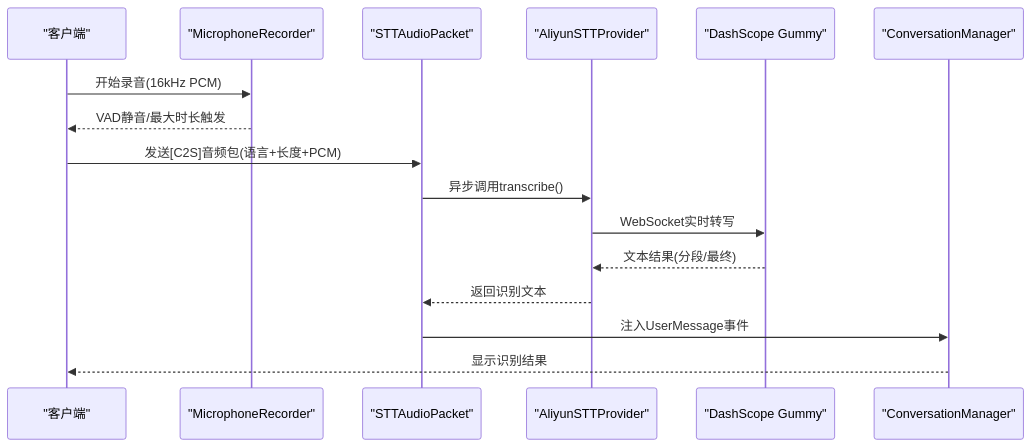
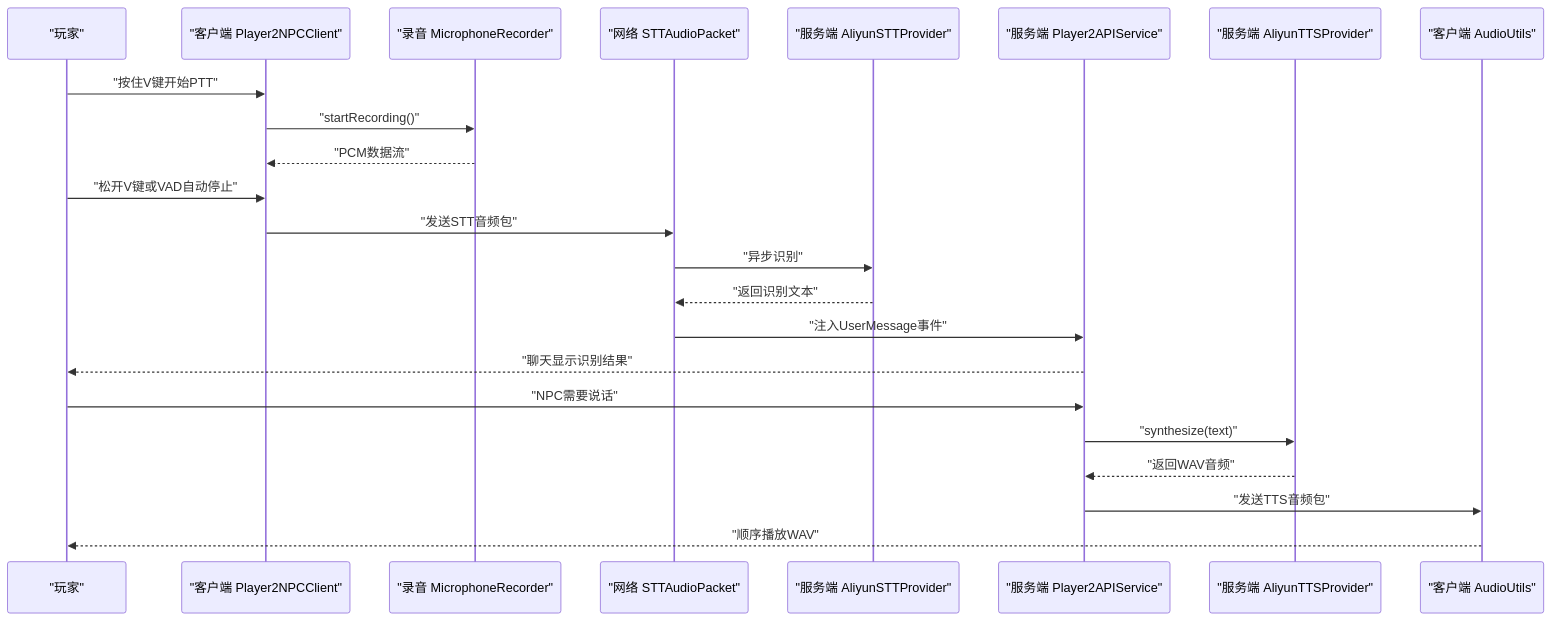
One commit to wjartpix/minecraft_ai_play2npc changed the second of 6 diagrams in .qoder/repowiki/zh/content/语音交互系统/语音交互系统.md. Above: the diagram before and after it, drawn with Mermaid. The commit also changed other lines of this file and 188 other files, not shown here.

````diff
--- a/.qoder/repowiki/zh/content/语音交互系统/语音交互系统.md
+++ b/.qoder/repowiki/zh/content/语音交互系统/语音交互系统.md
@@ -110,18 +117,25 @@
 ```mermaid
 sequenceDiagram
-participant Client as "客户端"
-participant Mic as "MicrophoneRecorder"
-participant Net as "STTAudioPacket"
-participant STT as "AliyunSTTProvider"
-participant DS as "DashScope Gummy"
-participant CM as "ConversationManager"
-Client->>Mic : 开始录音(16kHz PCM)
-Mic-->>Client : VAD静音/最大时长触发
-Client->>Net : 发送[C2S]音频包(语言+长度+PCM)
-Net->>STT : 异步调用transcribe()
-STT->>DS : WebSocket实时转写
-DS-->>STT : 文本结果(分段/最终)
-STT-->>Net : 返回识别文本
-Net->>CM : 注入UserMessage事件
-CM-->>Client : 显示识别结果
+participant U as "玩家"
+participant C as "客户端 Player2NPCClient"
+participant R as "录音 MicrophoneRecorder"
+participant N as "网络 STTAudioPacket"
+participant S as "服务端 AliyunSTTProvider"
+participant P as "服务端 Player2APIService"
+participant T as "服务端 AliyunTTSProvider"
+participant Q as "客户端 AudioUtils"
+U->>C : "按住V键开始PTT"
+C->>R : "startRecording()"
+R-->>C : "PCM数据流"
+U->>C : "松开V键或VAD自动停止"
+C->>N : "发送STT音频包"
+N->>S : "异步识别"
+S-->>N : "返回识别文本"
+N->>P : "注入UserMessage事件"
+P-->>U : "聊天显示识别结果"
+U->>P : "NPC需要说话"
+P->>T : "synthesize(text)"
+T-->>P : "返回WAV音频"
+P->>Q : "发送TTS音频包"
+Q-->>U : "顺序播放WAV"
 ```
````
